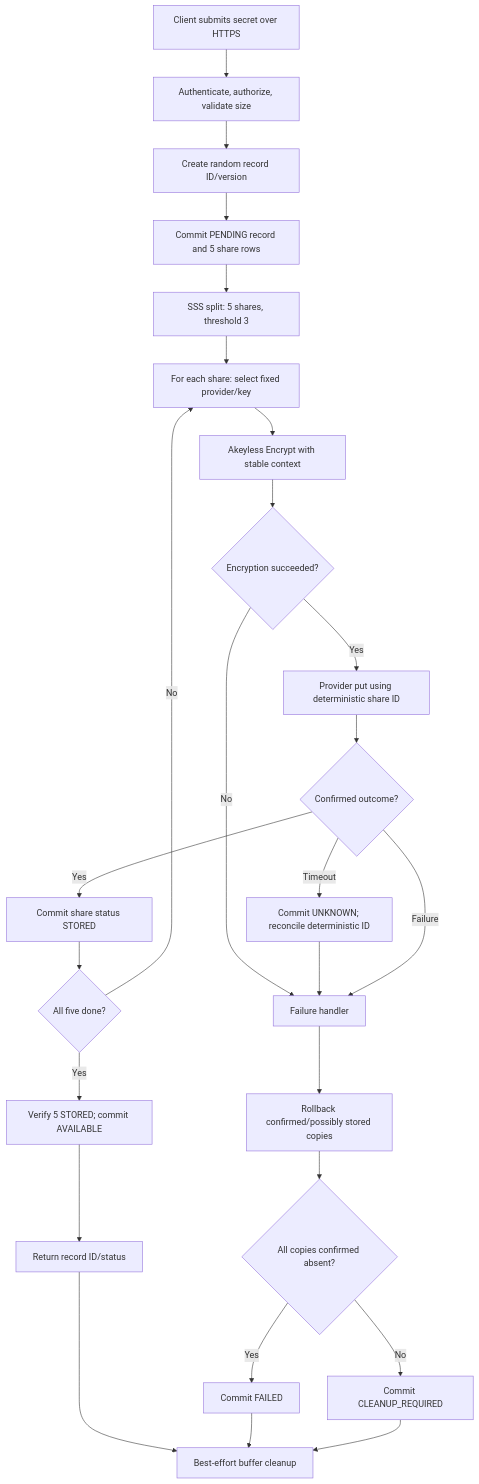
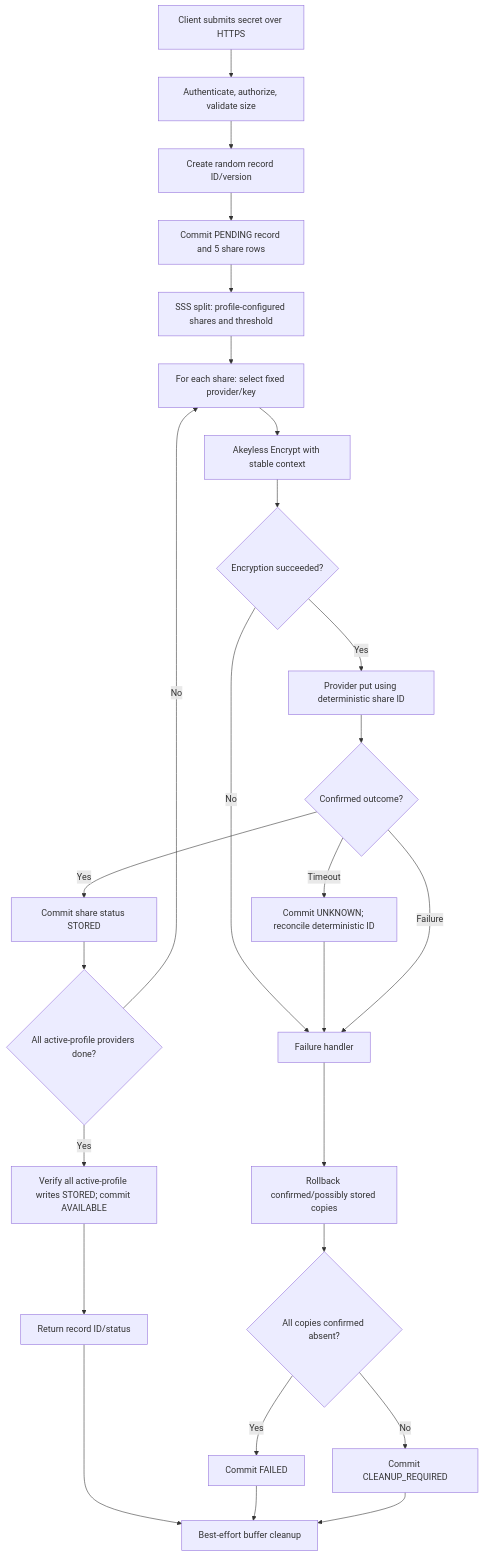
Before and after one commit to Raj-pratap07/Compromized: the second of 4 diagrams in docs/firefly-docs-pack/docs/ARCHITECTURE.md, drawn with Mermaid. The commit also changed other lines of this file and 45 other files, not shown here.

````diff
--- a/docs/firefly-docs-pack/docs/ARCHITECTURE.md
+++ b/docs/firefly-docs-pack/docs/ARCHITECTURE.md
@@ -78,28 +80,28 @@
 ```mermaid
 flowchart TD
     A[Client submits secret over HTTPS] --> B[Authenticate, authorize, validate size]
     B --> C[Create random record ID/version]
     C --> D[Commit PENDING record and 5 share rows]
-    D --> E[SSS split: 5 shares, threshold 3]
+    D --> E[SSS split: profile-configured shares and threshold]
     E --> F[For each share: select fixed provider/key]
     F --> G[Akeyless Encrypt with stable context]
     G --> H{Encryption succeeded?}
     H -- No --> X[Failure handler]
     H -- Yes --> I[Provider put using deterministic share ID]
     I --> J{Confirmed outcome?}
     J -- Yes --> K[Commit share status STORED]
-    K --> L{All five done?}
+    K --> L{All active-profile providers done?}
     L -- No --> F
-    L -- Yes --> M[Verify 5 STORED; commit AVAILABLE]
+    L -- Yes --> M[Verify all active-profile writes STORED; commit AVAILABLE]
     M --> N[Return record ID/status]
     J -- Timeout --> U[Commit UNKNOWN; reconcile deterministic ID]
     U --> X
     J -- Failure --> X
     X --> Y[Rollback confirmed/possibly stored copies]
     Y --> Z{All copies confirmed absent?}
     Z -- Yes --> Q[Commit FAILED]
     Z -- No --> R[Commit CLEANUP_REQUIRED]
     N --> C1[Best-effort buffer cleanup]
     Q --> C1
     R --> C1
 ```
````
